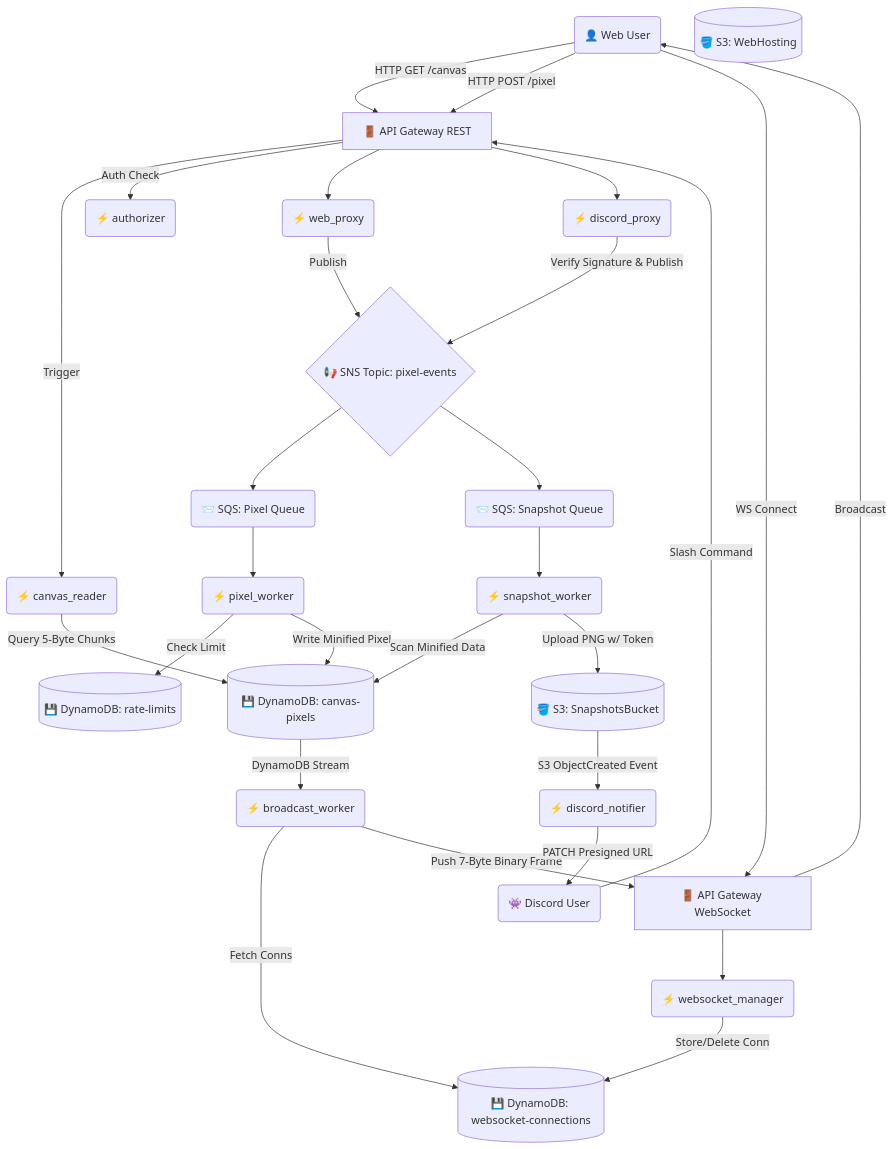
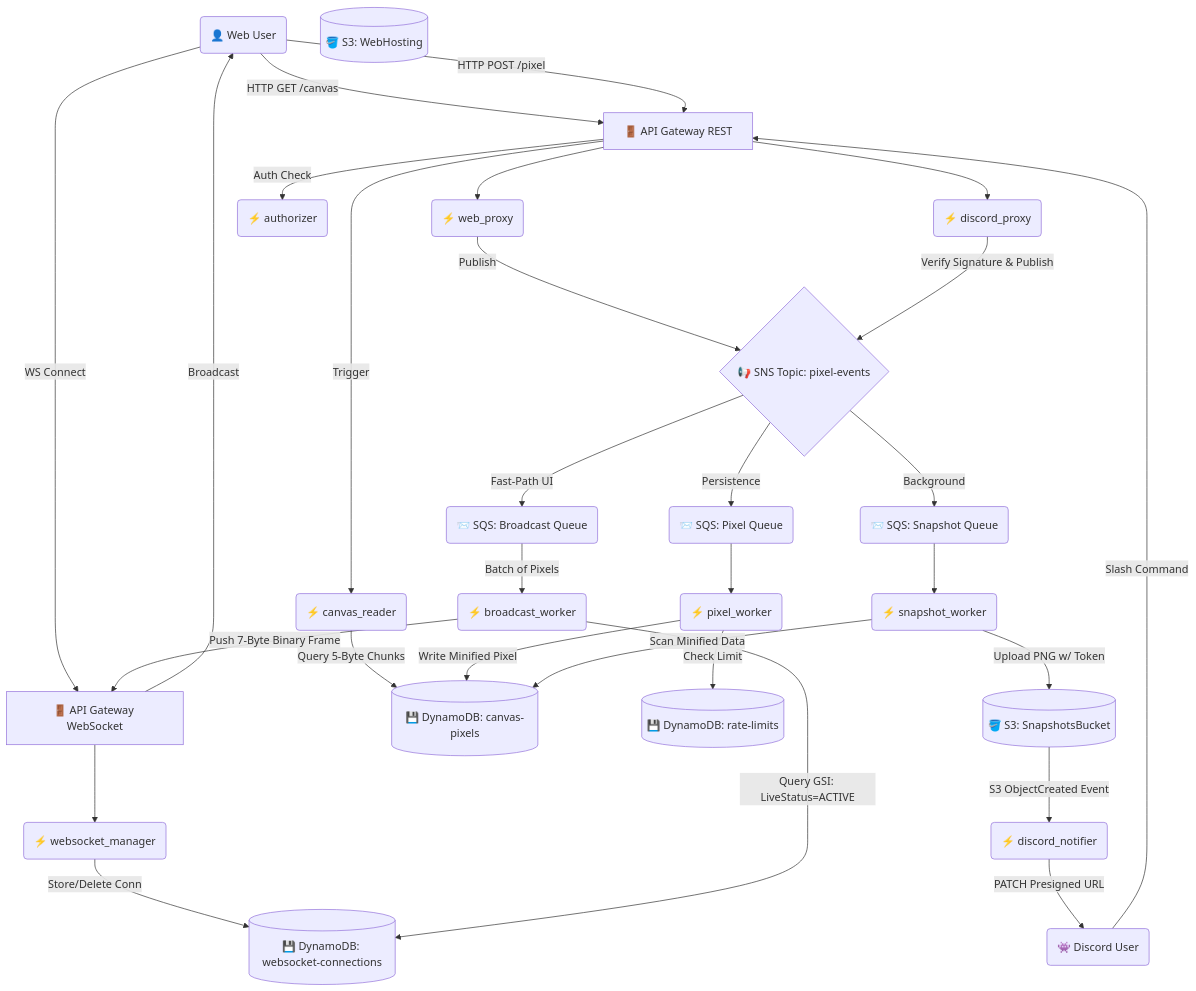
Before and after one commit to dangoquidev/serverless-pixel-canvas: the diagram in DOC.md, drawn with Mermaid. The commit also changed 4 other files, not shown here.

Commit message:
[UPDATE] Enhance WebSocket and SQS integration by adding Broadcast Queue, refining pixel data handling, and improving connection management in DynamoDB

```diff
--- a/DOC.md
+++ b/DOC.md
@@ -24,15 +24,16 @@
     %% WS Functions
     WSManagerFn(⚡ websocket_manager)
 
-    %% Messaging
+    %% Messaging (The 3-Queue Fan-Out)
     SNSTopic{📢 SNS Topic: pixel-events}
     SQSPixel(📨 SQS: Pixel Queue)
+    SQSBroadcast(📨 SQS: Broadcast Queue)
     SQSSnapshot(📨 SQS: Snapshot Queue)
 
     %% Workers
     PixelWorkerFn(⚡ pixel_worker)
+    BroadcastWorkerFn(⚡ broadcast_worker)
     SnapshotWorkerFn(⚡ snapshot_worker)
-    BroadcastWorkerFn(⚡ broadcast_worker)
     DiscordNotifierFn(⚡ discord_notifier)
     AuthorizerFn(⚡ authorizer)
 
@@ -45,7 +46,7 @@
 
     %% --- Connections ---
 
-    %% 1. The Read Path (NEW)
+    %% 1. The Read Path
     UserWeb -->|HTTP GET /canvas| APIGW_REST
     APIGW_REST -->|Trigger| CanvasReaderFn
     CanvasReaderFn -->|Query 5-Byte Chunks| DDCV
@@ -60,22 +61,23 @@
     APIGW_REST --> DiscordProxyFn
     APIGW_WS --> WSManagerFn
 
-    %% 3. Routing & Messaging
+    %% 3. Routing & Messaging (The Fan-Out)
     WSManagerFn -->|Store/Delete Conn| DDWS
     WebProxyFn -->|Publish| SNSTopic
     DiscordProxyFn -->|Verify Signature & Publish| SNSTopic
 
-    SNSTopic --> SQSPixel
-    SNSTopic --> SQSSnapshot
+    SNSTopic -->|Persistence| SQSPixel
+    SNSTopic -->|Fast-Path UI| SQSBroadcast
+    SNSTopic -->|Background| SQSSnapshot
 
-    %% 4. The Pixel Worker Flow
+    %% 4. The Pixel Worker Flow (Slow Path)
     SQSPixel --> PixelWorkerFn
     PixelWorkerFn -->|Check Limit| DDRL
     PixelWorkerFn -->|Write Minified Pixel| DDCV
 
-    %% 5. The Real-Time Broadcast Flow
-    DDCV -->|DynamoDB Stream| BroadcastWorkerFn
-    BroadcastWorkerFn -->|Fetch Conns| DDWS
+    %% 5. The Real-Time Broadcast Flow (Fast Path)
+    SQSBroadcast -->|Batch of Pixels| BroadcastWorkerFn
+    BroadcastWorkerFn -->|Query GSI: LiveStatus=ACTIVE| DDWS
     BroadcastWorkerFn -->|Push 7-Byte Binary Frame| APIGW_WS
     APIGW_WS -->|Broadcast| UserWeb
 
```
